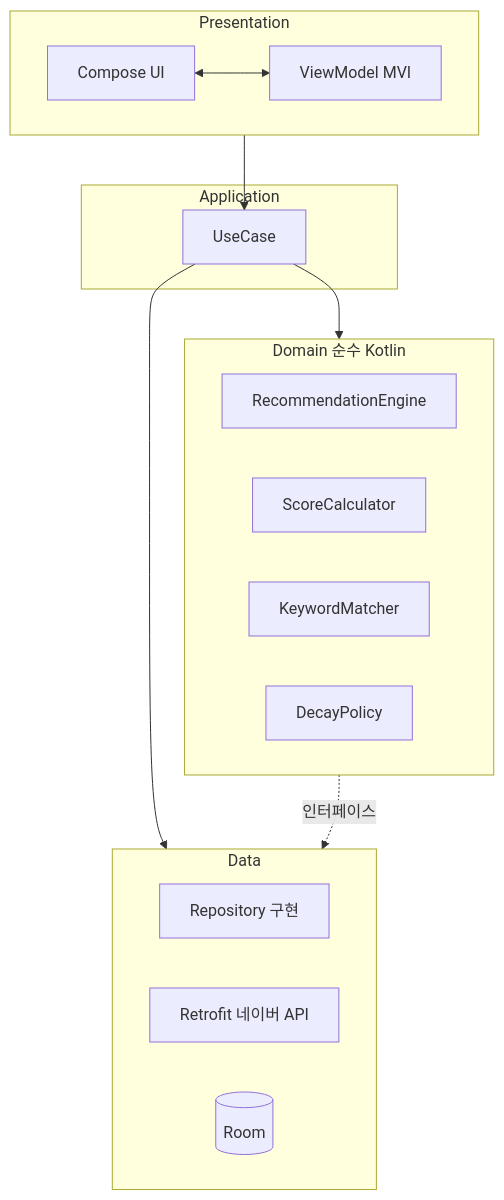
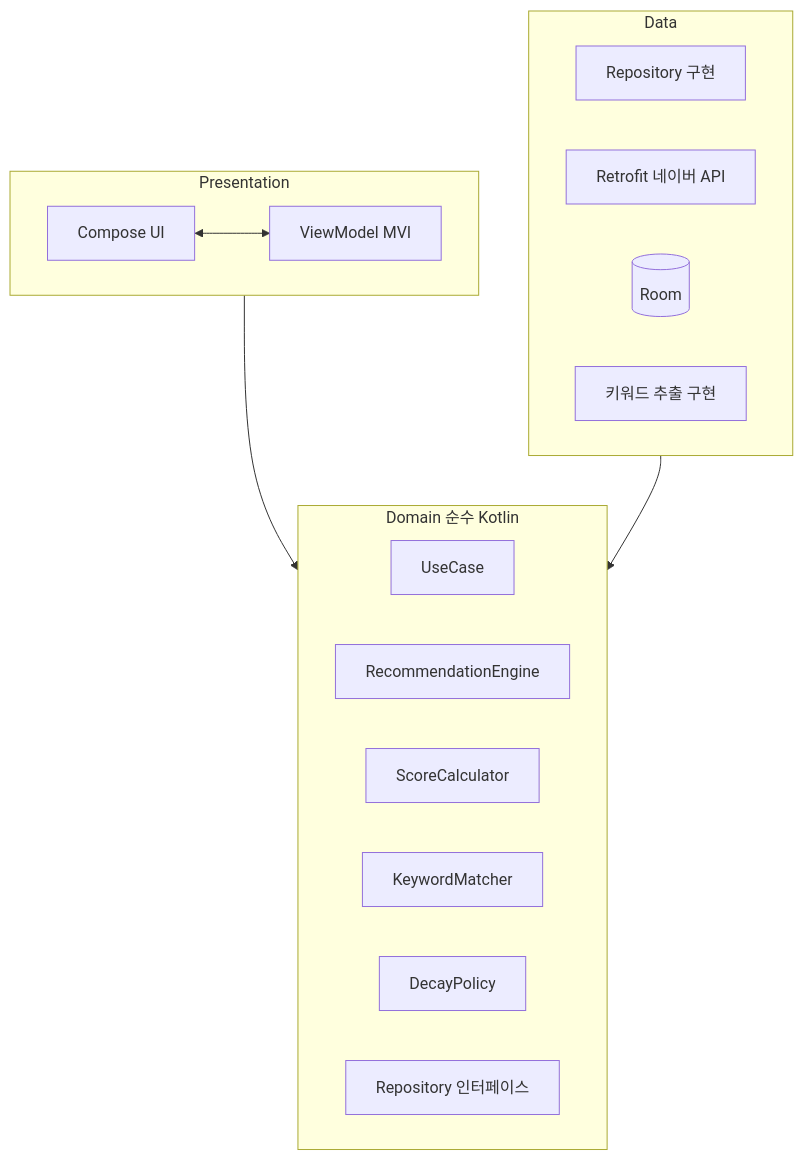
The first of 2 diagrams in AGENTS.md (f-lab-edu/smart_news_dj), drawn with Mermaid before and after one commit. The commit also changed other lines of this file and 11 other files, not shown here.

````diff
--- a/AGENTS.md
+++ b/AGENTS.md
@@ -28,30 +28,27 @@
 ```mermaid
 flowchart TB
   subgraph pres [Presentation]
     UI[Compose UI]
     VM[ViewModel MVI]
     UI <--> VM
   end
 
-  subgraph app [Application]
+  subgraph dom [Domain 순수 Kotlin]
     UC[UseCase]
-  end
-
-  subgraph dom [Domain 순수 Kotlin]
     RE[RecommendationEngine]
     SC[ScoreCalculator]
     KM[KeywordMatcher]
     DP[DecayPolicy]
+    RepoIF["Repository 인터페이스"]
   end
 
   subgraph data [Data]
-    R[Repository 구현]
+    RepoImpl[Repository 구현]
     API[Retrofit 네이버 API]
     DB[(Room)]
+    KWImpl[키워드 추출 구현]
   end
 
-  pres --> UC
-  UC --> dom
-  UC --> data
-  dom -.->|인터페이스| data
+  pres --> dom
+  data --> dom
 ```
````
